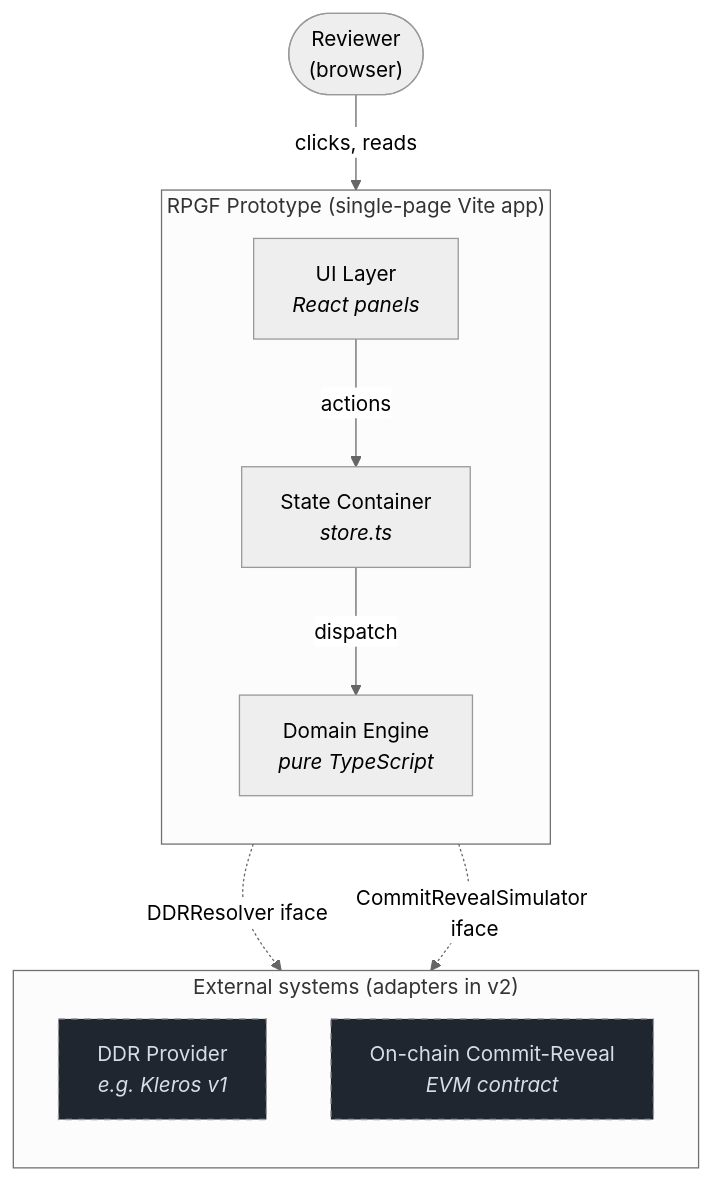
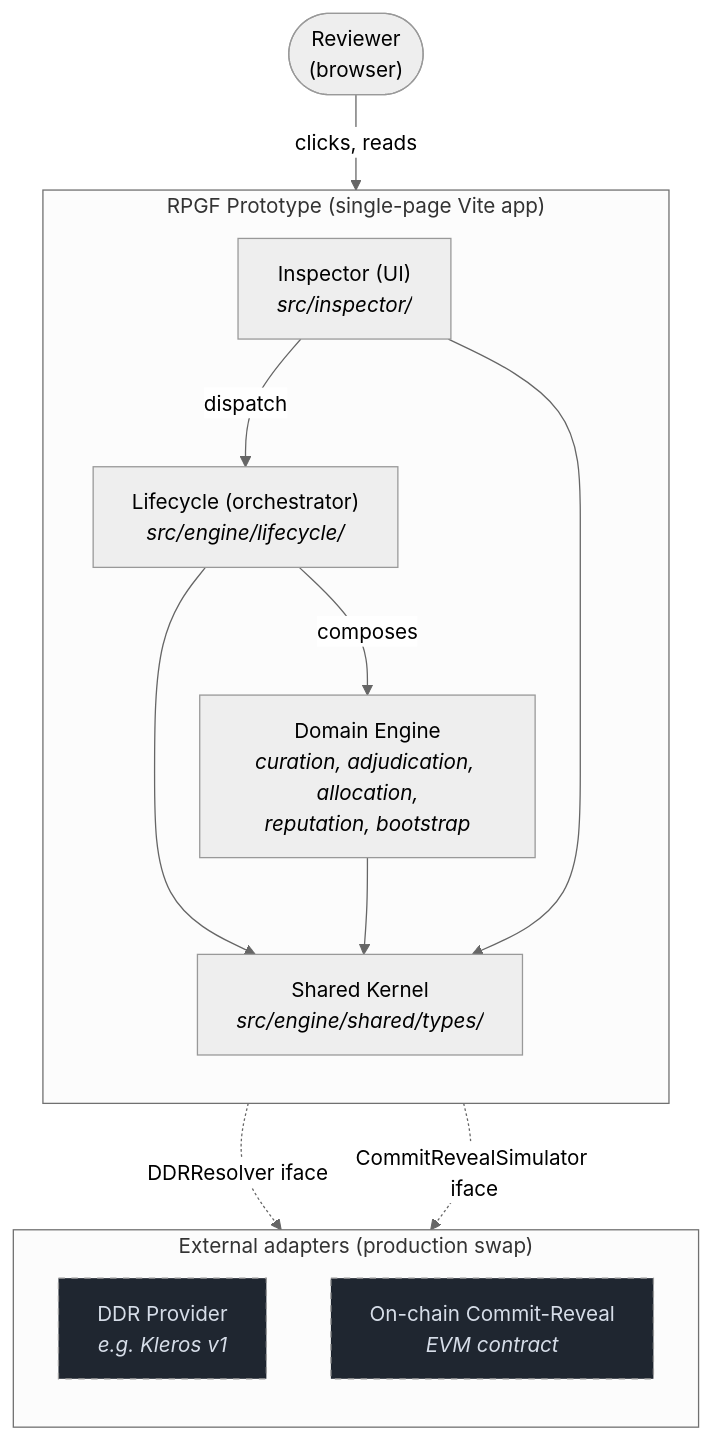
The first of 5 diagrams in projects/rpgf/prototype/ARCHITECTURE.md (0xferit/manuscript-decentralized-curation), drawn with Mermaid (neutral theme) before and after one commit. The commit also changed other lines of this file, not shown here.

Commit message:
docs(rpgf): refresh ARCHITECTURE.md to reflect 7-module layout

````diff
--- a/projects/rpgf/prototype/ARCHITECTURE.md
+++ b/projects/rpgf/prototype/ARCHITECTURE.md
@@ -18,26 +28,30 @@
 ```mermaid
 flowchart TB
   user(["Reviewer<br/>(browser)"])
 
   subgraph proto["RPGF Prototype (single-page Vite app)"]
     direction TB
-    ui["UI Layer<br/><i>React panels</i>"]
-    store["State Container<br/><i>store.ts</i>"]
-    engine["Domain Engine<br/><i>pure TypeScript</i>"]
+    inspector["Inspector (UI)<br/><i>src/inspector/</i>"]
+    lifecycle["Lifecycle (orchestrator)<br/><i>src/engine/lifecycle/</i>"]
+    engine["Domain Engine<br/><i>curation, adjudication, allocation,<br/>reputation, bootstrap</i>"]
+    shared["Shared Kernel<br/><i>src/engine/shared/types/</i>"]
   end
 
-  subgraph external["External systems (adapters in v2)"]
+  subgraph external["External adapters (production swap)"]
     direction TB
     ddr["DDR Provider<br/><i>e.g. Kleros v1</i>"]
     cr["On-chain Commit-Reveal<br/><i>EVM contract</i>"]
   end
 
-  user -->|clicks, reads| ui
-  ui -->|actions| store
-  store -->|dispatch| engine
-  engine -.->|DDRResolver iface| ddr
-  engine -.->|CommitRevealSimulator iface| cr
+  user -->|clicks, reads| inspector
+  inspector -->|dispatch| lifecycle
+  lifecycle -->|composes| engine
+  lifecycle --> shared
+  engine --> shared
+  inspector --> shared
+  lifecycle -.->|DDRResolver iface| ddr
+  lifecycle -.->|CommitRevealSimulator iface| cr
 
   classDef ext stroke-dasharray: 5 5,fill:#1f2630,color:#d6dde8
   class ddr,cr ext
 ```
````
